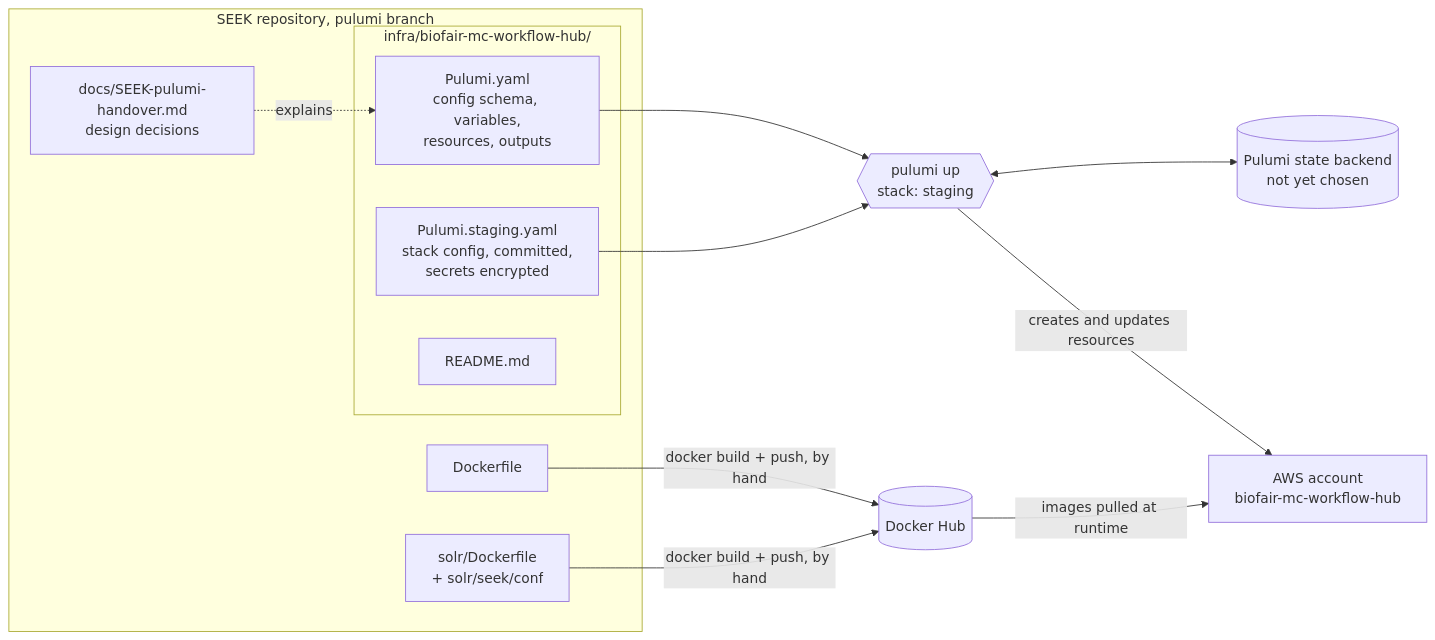
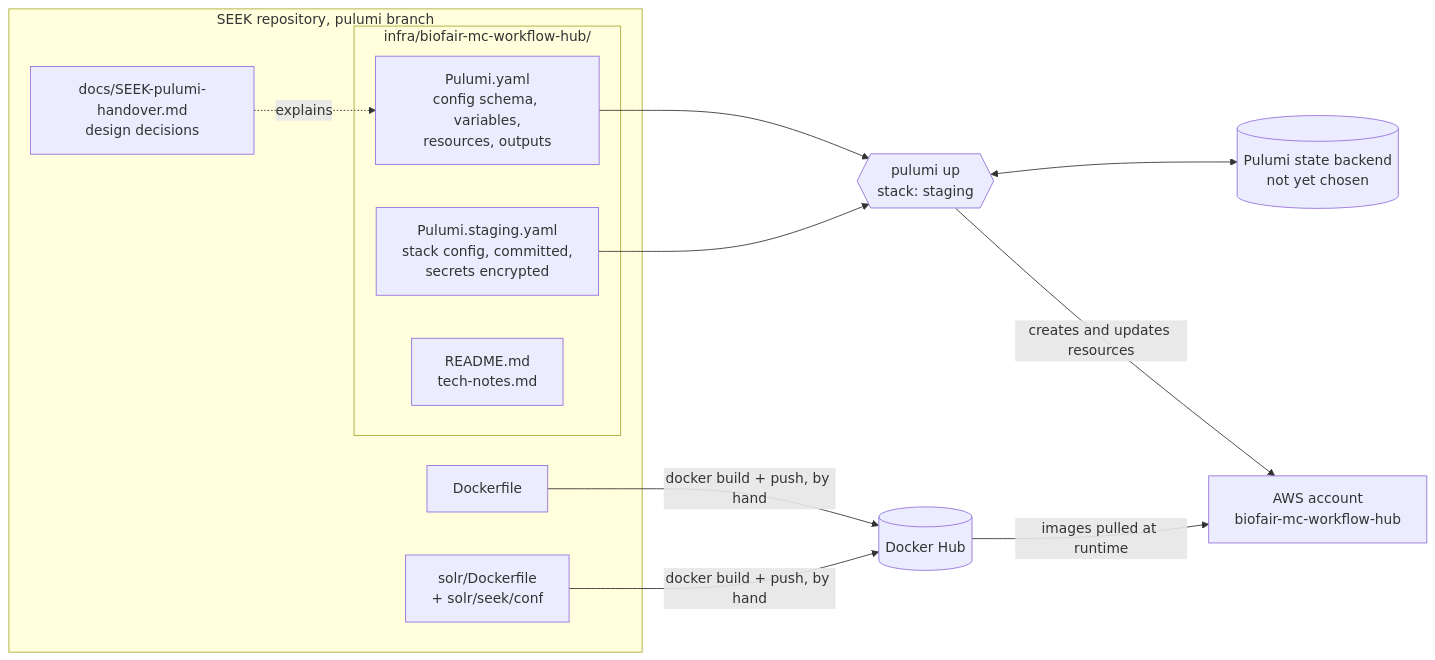
One commit to seek4science/seek changed the fourth of 4 diagrams in docs/pulumi-architecture.md. Above: the diagram before and after it, drawn with Mermaid. The commit also changed other lines of this file and 6 other files, not shown here.

````diff
--- a/docs/pulumi-architecture.md
+++ b/docs/pulumi-architecture.md
@@ -171,26 +172,26 @@
 ```mermaid
 flowchart LR
     subgraph repo["SEEK repository, pulumi branch"]
         dockerfile["Dockerfile"]
         solrdf["solr/Dockerfile<br/>+ solr/seek/conf"]
         subgraph proj["infra/biofair-mc-workflow-hub/"]
             program["Pulumi.yaml<br/>config schema, variables,<br/>resources, outputs"]
             stack["Pulumi.staging.yaml<br/>stack config, committed,<br/>secrets encrypted"]
-            readme["README.md"]
+            readme["README.md<br/>tech-notes.md"]
         end
         handover["docs/SEEK-pulumi-handover.md<br/>design decisions"]
     end
 
     dockerhub[("Docker Hub")]
     state[("Pulumi state backend<br/>not yet chosen")]
     awsacct["AWS account<br/>biofair-mc-workflow-hub"]
 
     dockerfile -- "docker build + push, by hand" --> dockerhub
     solrdf -- "docker build + push, by hand" --> dockerhub
     program --> up{{"pulumi up<br/>stack: staging"}}
     stack --> up
     up <--> state
     up -- "creates and updates resources" --> awsacct
     dockerhub -- "images pulled at runtime" --> awsacct
     handover -. "explains" .-> program
 ```
````
